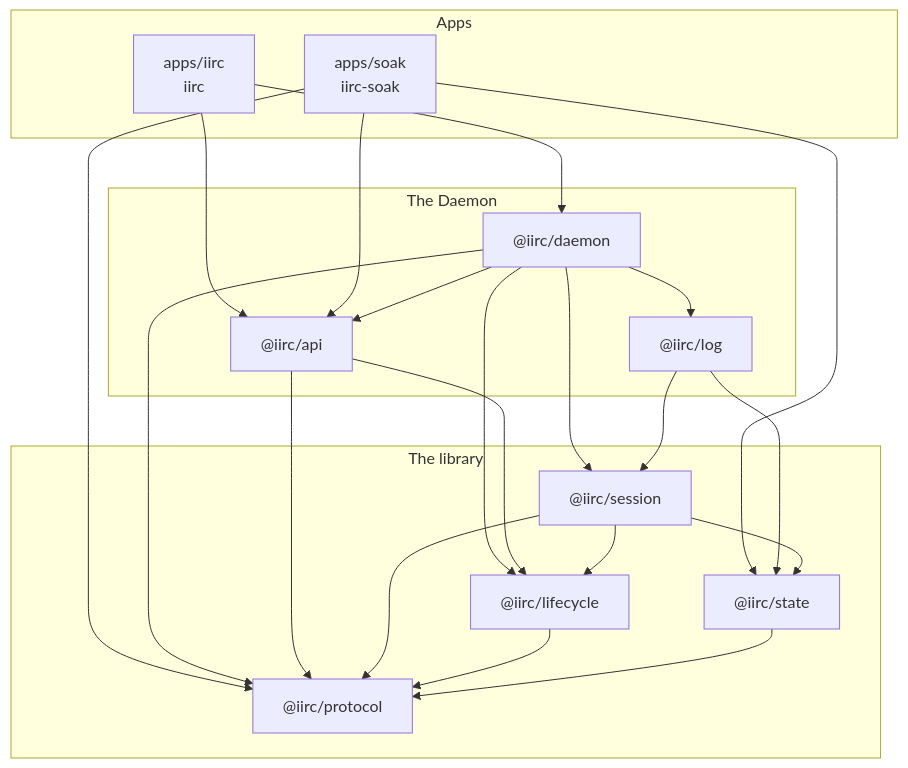
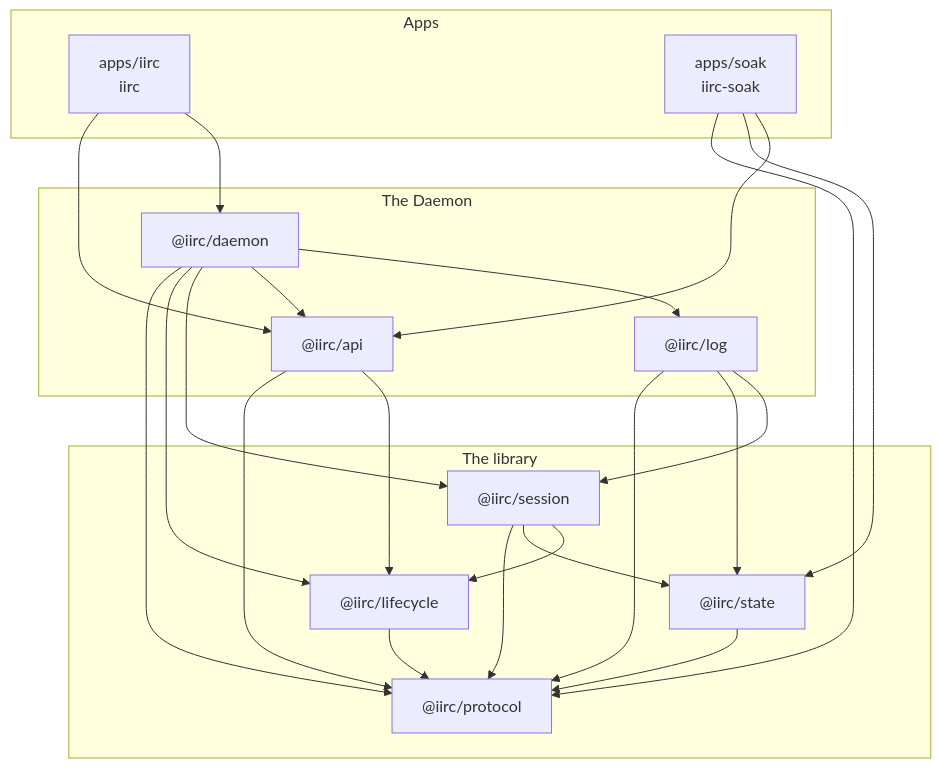
One commit to deankerr/iirc changed the first of 5 diagrams in docs/architecture.md. Above: the diagram before and after it, drawn with Mermaid. The commit also changed other lines of this file and 37 other files, not shown here.

````diff
--- a/docs/architecture.md
+++ b/docs/architecture.md
@@ -22,37 +22,38 @@
 ```mermaid
 flowchart TD
   subgraph apps["Apps"]
     app["apps/iirc<br/>iirc"]
     soak["apps/soak<br/>iirc-soak"]
   end
   subgraph daemonSide["The Daemon"]
     daemon["@iirc/daemon"]
     log["@iirc/log"]
     api["@iirc/api"]
   end
   subgraph library["The library"]
     session["@iirc/session"]
     lifecycle["@iirc/lifecycle"]
     state["@iirc/state"]
     protocol["@iirc/protocol"]
   end
   app --> daemon
   app --> api
   soak --> api
   soak --> state
   soak --> protocol
   daemon --> log
   daemon --> api
   daemon --> session
   daemon --> lifecycle
   daemon --> protocol
   log --> session
   log --> state
+  log --> protocol
   api --> lifecycle
   api --> protocol
   session --> lifecycle
   session --> state
   session --> protocol
   lifecycle --> protocol
   state --> protocol
 ```
````
